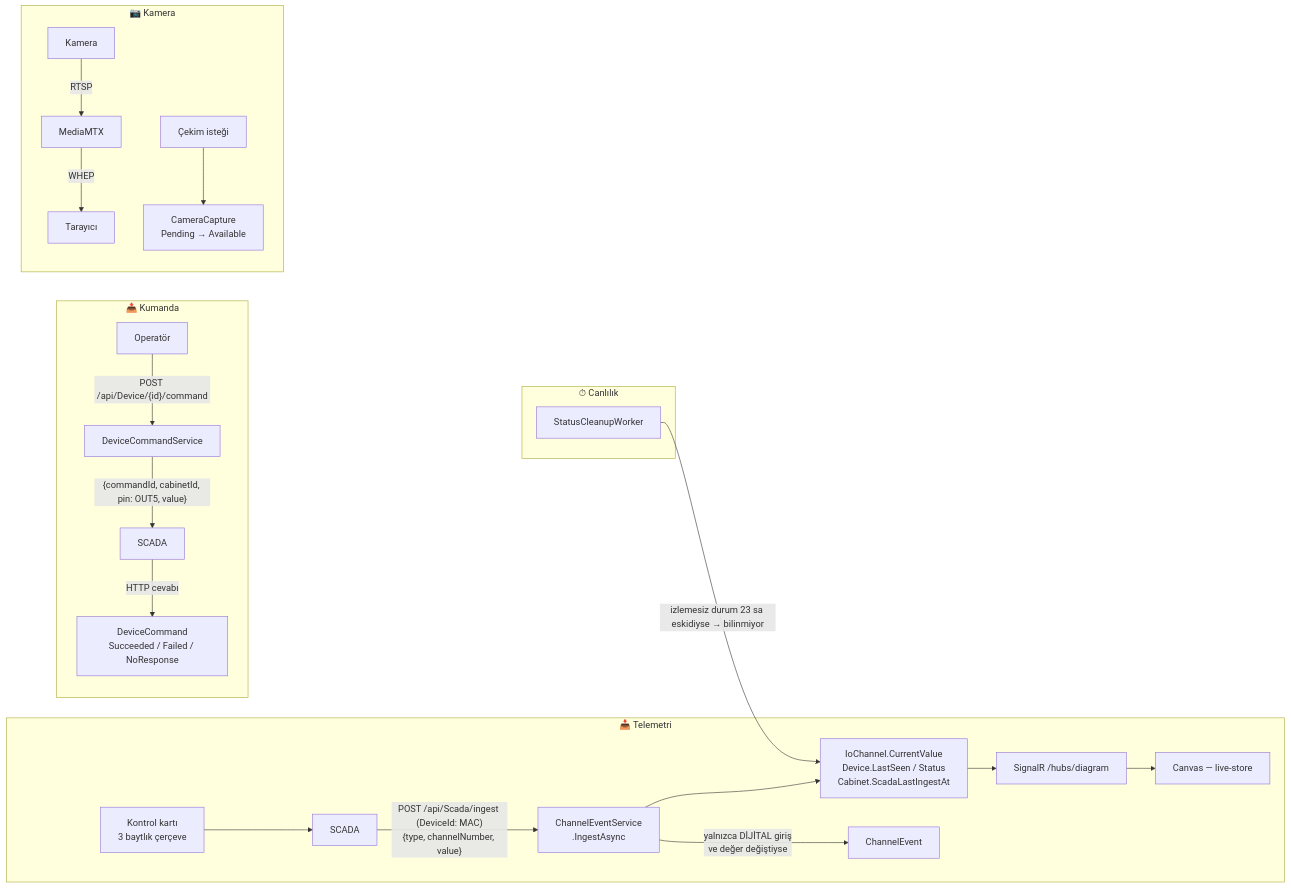
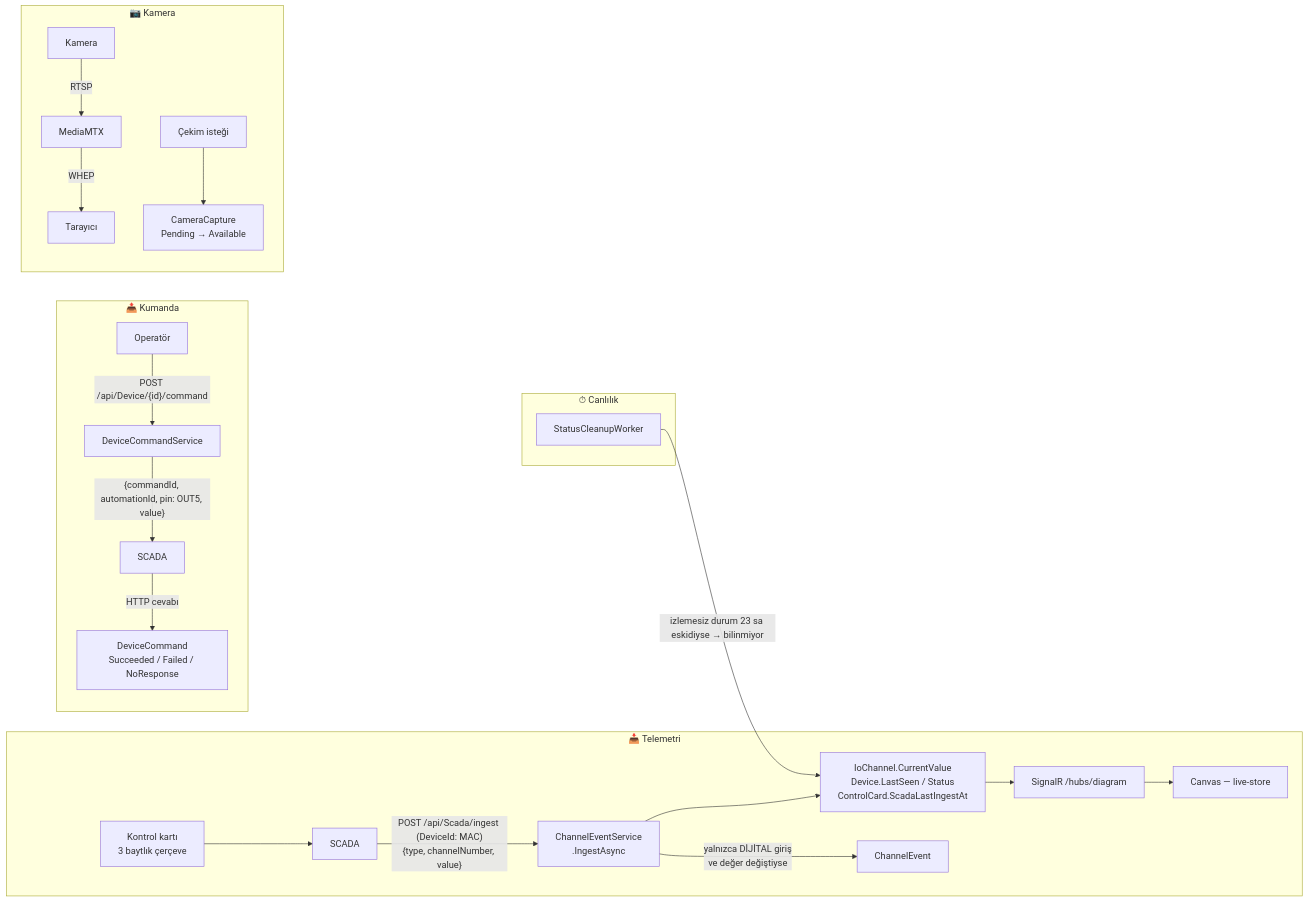
One commit to servankilinc/Scadex changed the second of 2 diagrams in Docs/data-structor.md. Above: the diagram before and after it, drawn with Mermaid. The commit also changed other lines of this file and 588 other files, not shown here.

````diff
--- a/Docs/data-structor.md
+++ b/Docs/data-structor.md
@@ -334,27 +330,27 @@
 ```mermaid
 flowchart LR
     subgraph OKUMA["📥 Telemetri"]
         KART["Kontrol kartı<br/>3 baytlık çerçeve"] --> SC["SCADA"]
         SC -->|"POST /api/Scada/ingest (DeviceId: MAC)<br/>{type, channelNumber, value}"| ING["ChannelEventService<br/>.IngestAsync"]
-        ING --> CV["IoChannel.CurrentValue<br/>Device.LastSeen / Status<br/>Cabinet.ScadaLastIngestAt"]
+        ING --> CV["IoChannel.CurrentValue<br/>Device.LastSeen / Status<br/>ControlCard.ScadaLastIngestAt"]
         ING -->|"yalnızca DİJİTAL giriş<br/>ve değer değiştiyse"| CE["ChannelEvent"]
         CV --> HUB["SignalR /hubs/diagram"]
         HUB --> UI["Canvas — live-store"]
     end
 
     subgraph YAZMA["📤 Kumanda"]
         OP["Operatör"] -->|"POST /api/Device/{id}/command"| DCS["DeviceCommandService"]
-        DCS -->|"{commandId, cabinetId, pin: OUT5, value}"| SC2["SCADA"]
+        DCS -->|"{commandId, automationId, pin: OUT5, value}"| SC2["SCADA"]
         SC2 -->|"HTTP cevabı"| DC["DeviceCommand<br/>Succeeded / Failed / NoResponse"]
     end
 
     subgraph KAMERA["📷 Kamera"]
         CAM["Kamera"] -->|RTSP| MTX["MediaMTX"]
         MTX -->|WHEP| BR["Tarayıcı"]
         CAP["Çekim isteği"] --> CC["CameraCapture<br/>Pending → Available"]
     end
 
     subgraph SUPURUCU["⏱ Canlılık"]
         OFF["StatusCleanupWorker"] -->|"izlemesiz durum 23 sa eskidiyse → bilinmiyor"| CV
     end
 ```
````
